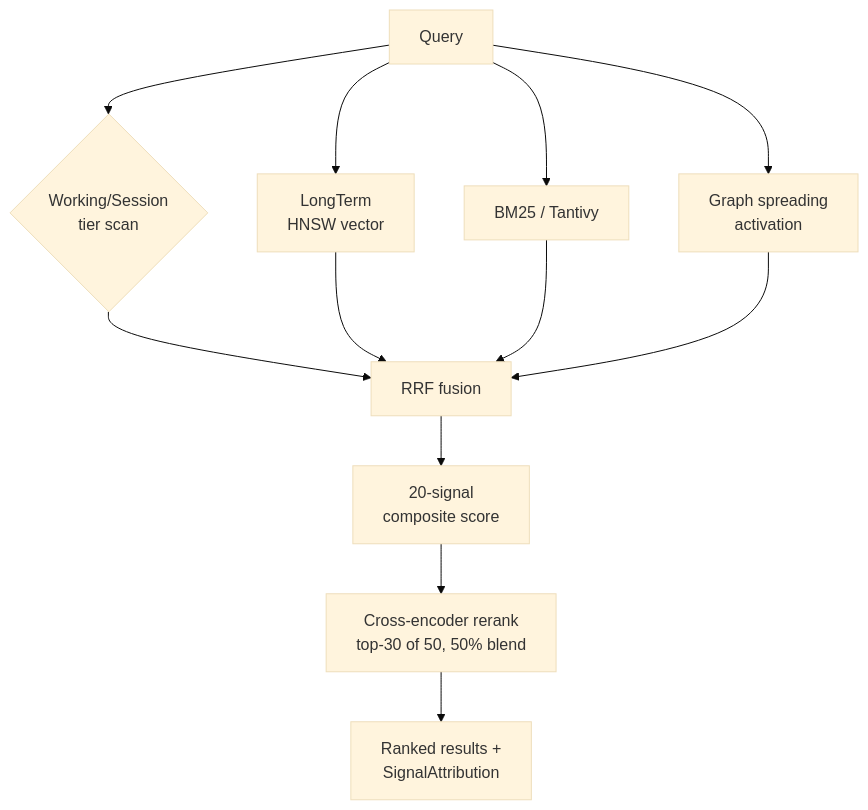
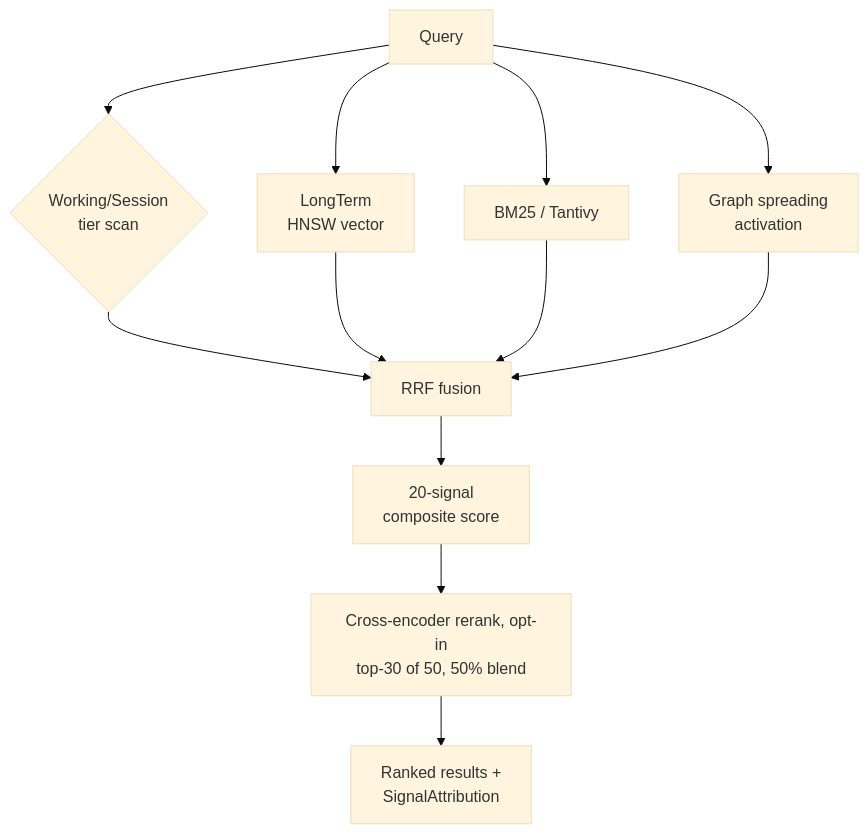
The diagram in docs/src/architecture/retrieval.md (Portll/veld), drawn with Mermaid (base theme) before and after one commit. The commit also changed other lines of this file and 15 other files, not shown here.

````diff
--- a/docs/src/architecture/retrieval.md
+++ b/docs/src/architecture/retrieval.md
@@ -8,14 +8,14 @@
 ```mermaid
 flowchart TB
     Q[Query] --> WS{Working/Session<br/>tier scan}
     Q --> LT[LongTerm<br/>HNSW vector]
     Q --> BM[BM25 / Tantivy]
     Q --> GR[Graph spreading<br/>activation]
     WS --> RRF[RRF fusion]
     LT --> RRF
     BM --> RRF
     GR --> RRF
     RRF --> S20[20-signal<br/>composite score]
-    S20 --> CE[Cross-encoder rerank<br/>top-30 of 50, 50% blend]
+    S20 --> CE[Cross-encoder rerank, opt-in<br/>top-30 of 50, 50% blend]
     CE --> OUT[Ranked results +<br/>SignalAttribution]
 ```
````
